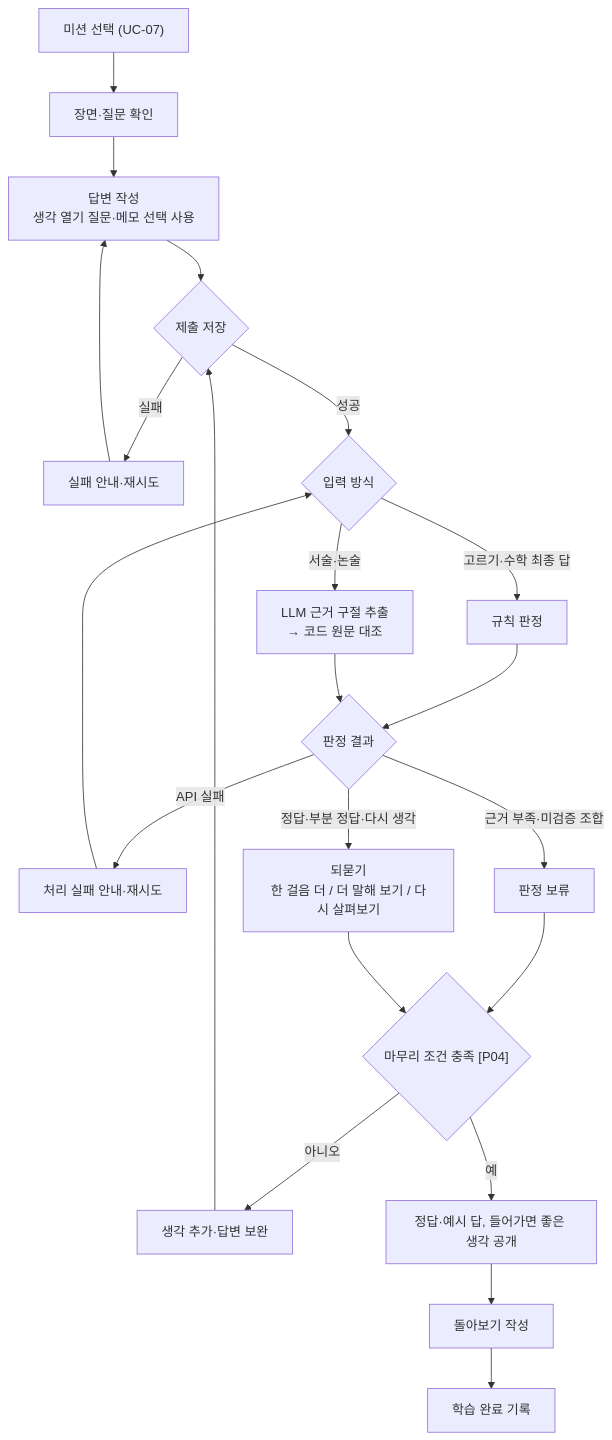
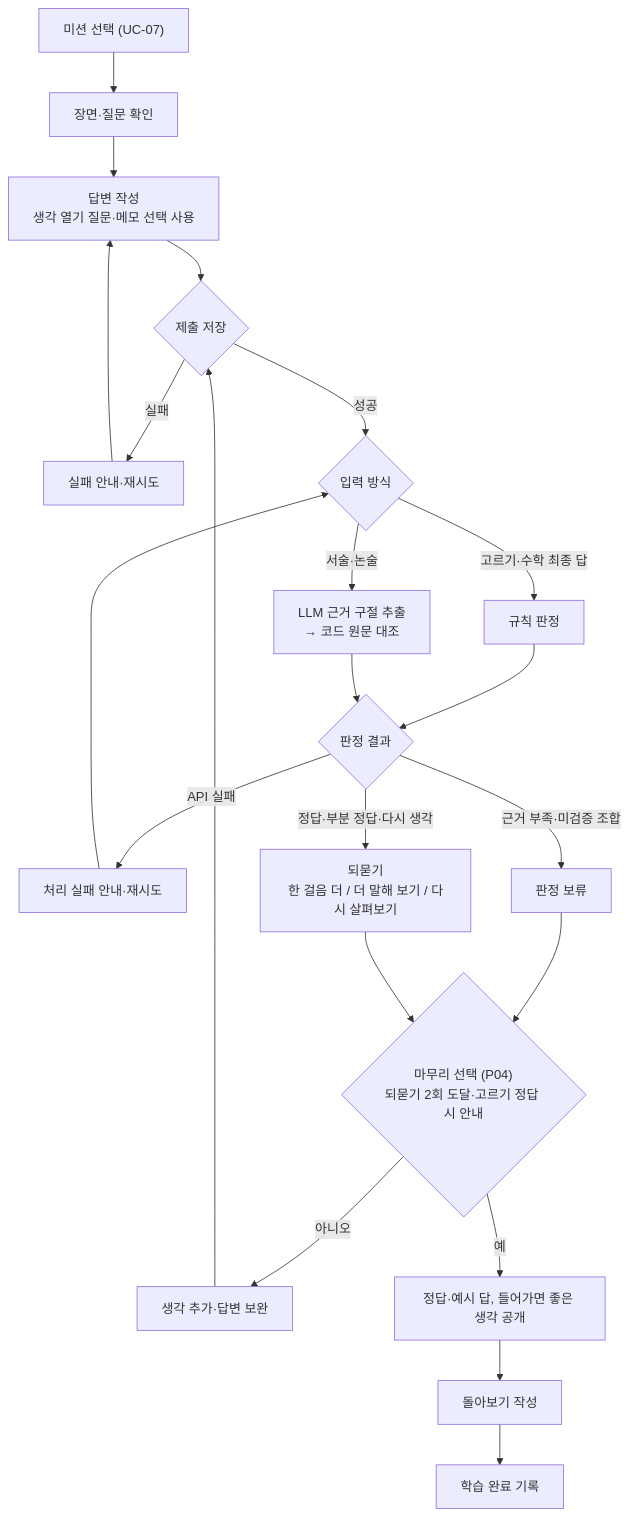
The fifth of 5 diagrams in docs/design/usecase.md (SKNETWORKS-FAMILY-AICAMP/SKN34-FINAL-3TEAM), drawn with Mermaid before and after one commit. The commit also changed other lines of this file and 7 other files, not shown here.

````diff
--- a/docs/design/usecase.md
+++ b/docs/design/usecase.md
@@ -214,21 +214,21 @@
 ```mermaid
 flowchart TD
   A["미션 선택 (UC-07)"] --> B["장면·질문 확인"]
   B --> C["답변 작성<br/>생각 열기 질문·메모 선택 사용"]
   C --> D{"제출 저장"}
   D -->|"실패"| D1["실패 안내·재시도"] --> C
   D -->|"성공"| E{"입력 방식"}
   E -->|"고르기·수학 최종 답"| F["규칙 판정"]
   E -->|"서술·논술"| G["LLM 근거 구절 추출<br/>→ 코드 원문 대조"]
   F --> H{"판정 결과"}
   G --> H
   H -->|"API 실패"| J["처리 실패 안내·재시도"] --> E
   H -->|"근거 부족·미검증 조합"| I["판정 보류"]
   H -->|"정답·부분 정답·다시 생각"| K["되묻기<br/>한 걸음 더 / 더 말해 보기 / 다시 살펴보기"]
-  I --> L{"마무리 조건 충족 [P04]"}
+  I --> L{"마무리 선택 (P04)<br/>되묻기 2회 도달·고르기 정답 시 안내"}
   K --> L
   L -->|"아니오"| M["생각 추가·답변 보완"] --> D
   L -->|"예"| N["정답·예시 답, 들어가면 좋은 생각 공개"]
   N --> O["돌아보기 작성"]
   O --> P["학습 완료 기록"]
 ```
````
